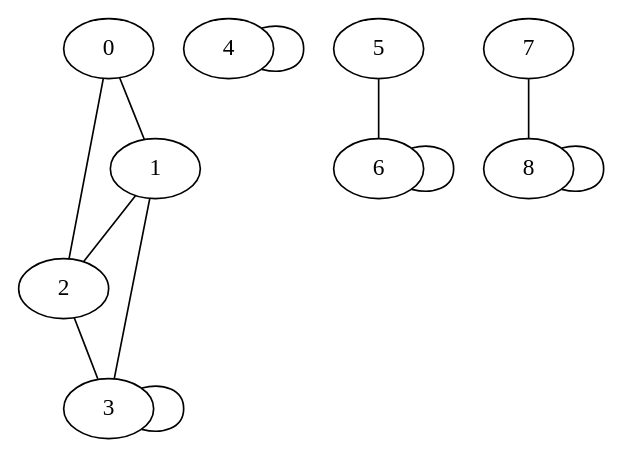
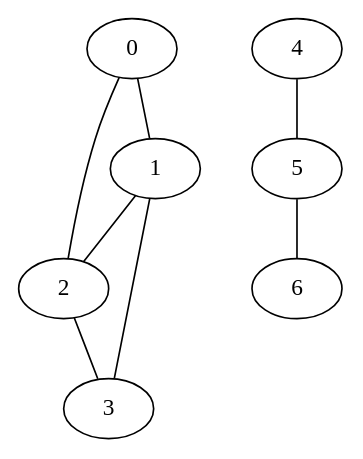
One commit to vampilova/sharp_lessons changed the diagram in lr1 ver3/picture.gv. Above: the diagram before and after it, drawn with Graphviz. The commit also changed 9 other files, not shown here.

```diff
--- a/lr1 ver3/picture.gv
+++ b/lr1 ver3/picture.gv
@@ -1,13 +1,9 @@
 graph graphik{
 0--2
 0--1
 1--3
 1--2
 2--3
-3--3
-4--4
+4--5
 5--6
-6--6
-7--8
-8--8
 }
```
